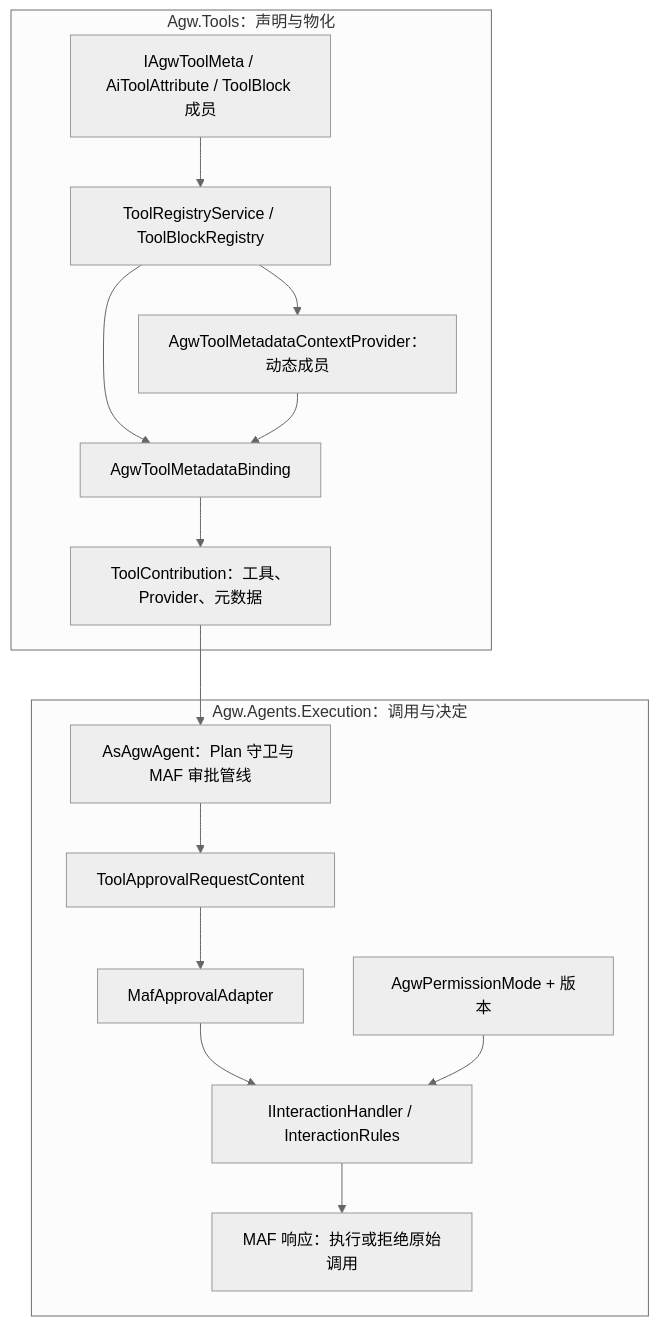
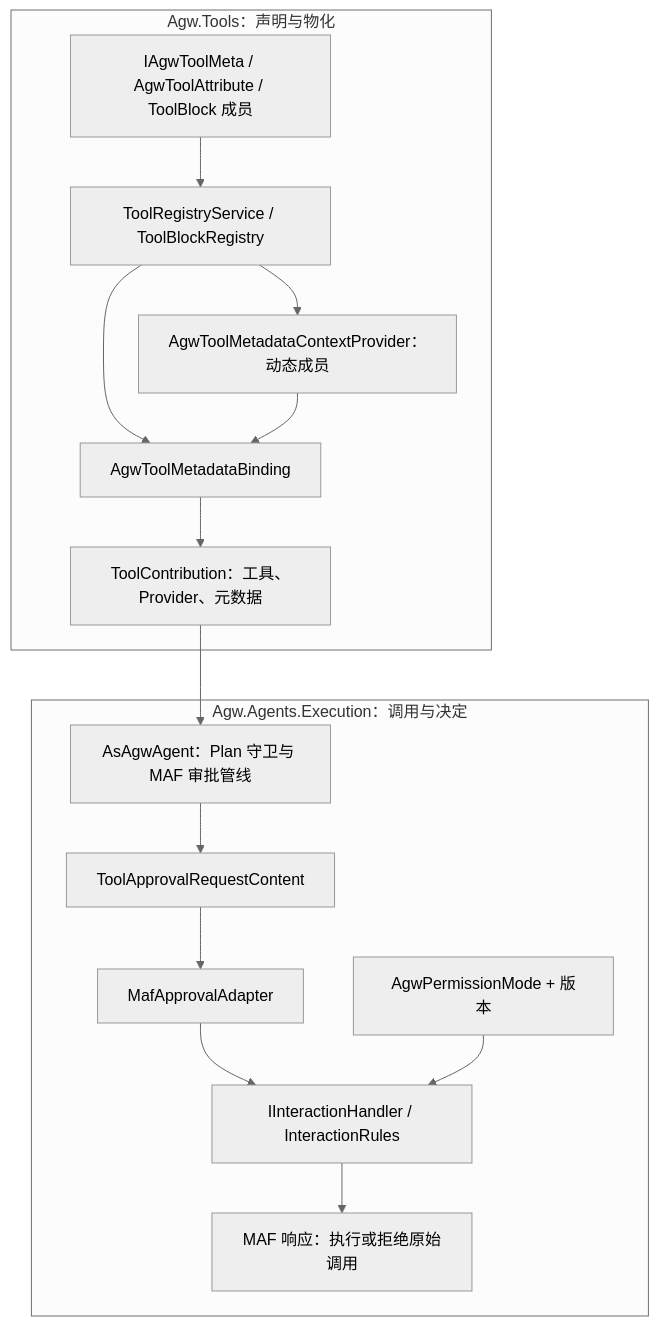
One commit to zxyao145/agw changed the first of 3 diagrams in src/server/Agw.Tools/README.zh-CN.md. Above: the diagram before and after it, drawn with Mermaid (neutral theme). The commit also changed other lines of this file and 80 other files, not shown here.

````diff
--- a/src/server/Agw.Tools/README.zh-CN.md
+++ b/src/server/Agw.Tools/README.zh-CN.md
@@ -256,18 +258,18 @@
 ```mermaid
 flowchart TB
     subgraph tools["Agw.Tools：声明与物化"]
-        definitions["IAgwToolMeta / AiToolAttribute / ToolBlock 成员"] --> registry["ToolRegistryService / ToolBlockRegistry"]
+        definitions["IAgwToolMeta / AgwToolAttribute / ToolBlock 成员"] --> registry["ToolRegistryService / ToolBlockRegistry"]
         registry --> binding["AgwToolMetadataBinding"]
         registry --> dynamic["AgwToolMetadataContextProvider：动态成员"]
         dynamic --> binding
         binding --> contribution["ToolContribution：工具、Provider、元数据"]
     end
     subgraph execution["Agw.Agents.Execution：调用与决定"]
         contribution --> pipeline["AsAgwAgent：Plan 守卫与 MAF 审批管线"]
         pipeline --> request["ToolApprovalRequestContent"]
         request --> adapter["MafApprovalAdapter"]
         adapter --> handler["IInteractionHandler / InteractionRules"]
         settings["AgwPermissionMode + 版本"] --> handler
         handler --> resume["MAF 响应：执行或拒绝原始调用"]
     end
 ```
````
